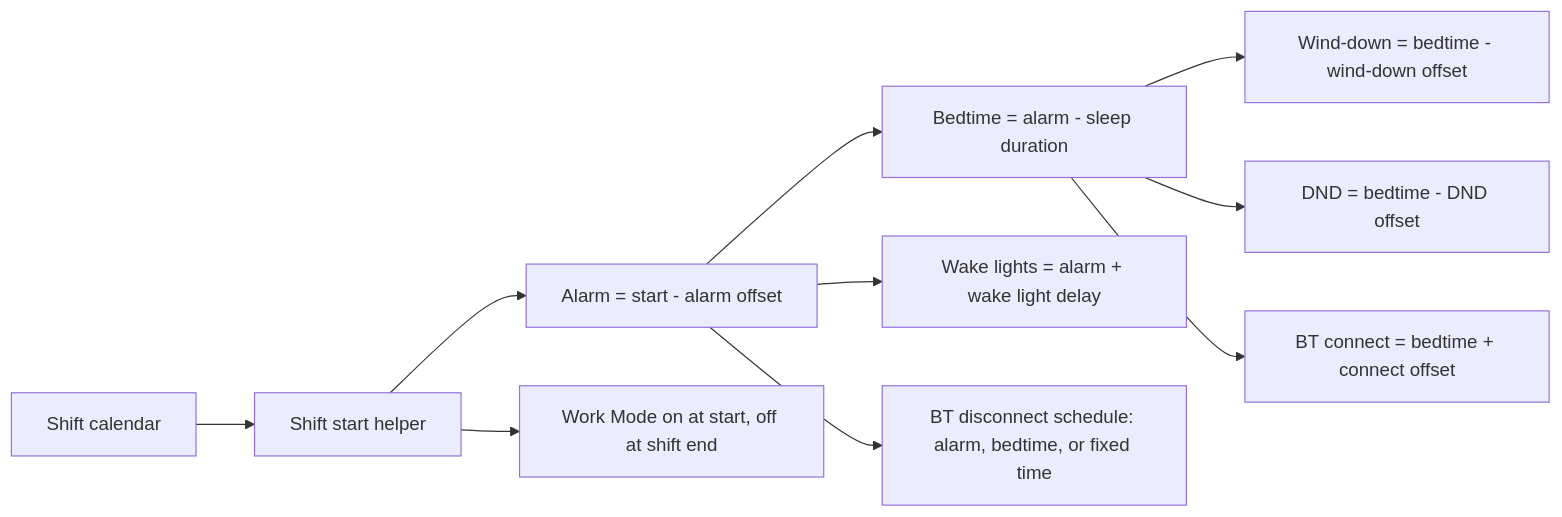
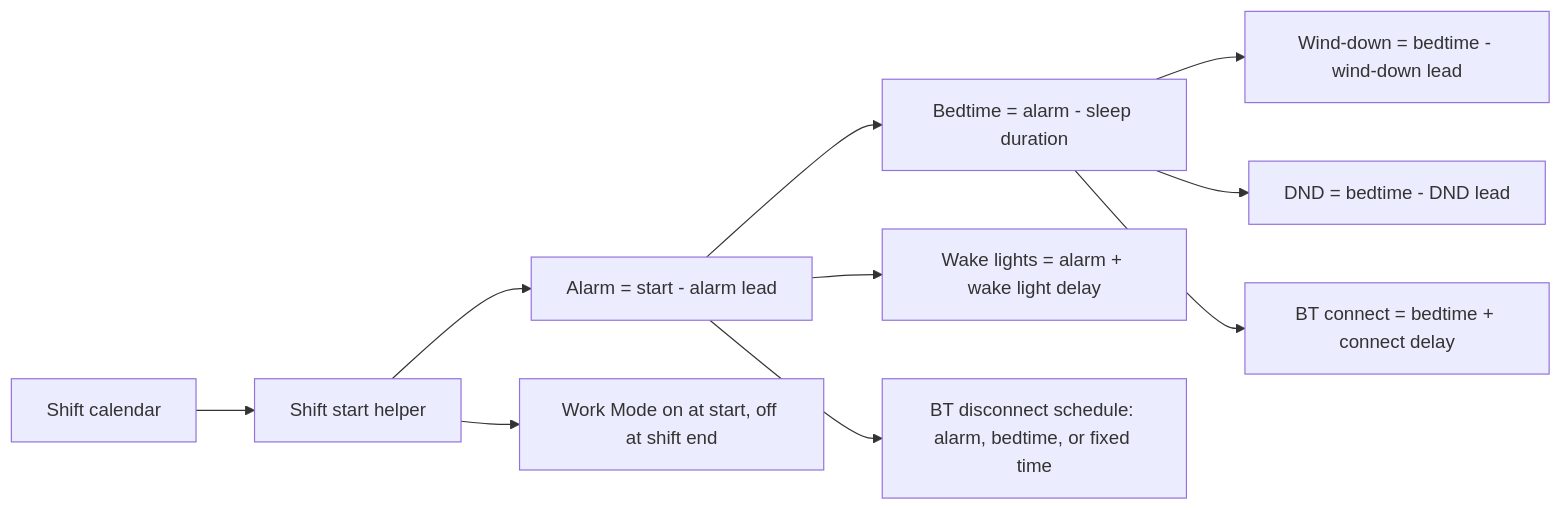
One commit to theniwo/homeassistant changed the second of 3 diagrams in README.md. Above: the diagram before and after it, drawn with Mermaid. The commit also changed other lines of this file and 4 other files, not shown here.

Commit message:
✨ refactor(helpers): clarify lead and delay names

````diff
--- a/README.md
+++ b/README.md
@@ -61,12 +63,12 @@
 ```mermaid
 flowchart LR
     C[Shift calendar] --> S[Shift start helper]
-    S --> A[Alarm = start - alarm offset]
+    S --> A[Alarm = start - alarm lead]
     A --> B[Bedtime = alarm - sleep duration]
     A --> L[Wake lights = alarm + wake light delay]
-    B --> W[Wind-down = bedtime - wind-down offset]
-    B --> D[DND = bedtime - DND offset]
-    B --> BC[BT connect = bedtime + connect offset]
+    B --> W[Wind-down = bedtime - wind-down lead]
+    B --> D[DND = bedtime - DND lead]
+    B --> BC[BT connect = bedtime + connect delay]
     A --> BD[BT disconnect schedule: alarm, bedtime, or fixed time]
     S --> M[Work Mode on at start, off at shift end]
 ```
````
